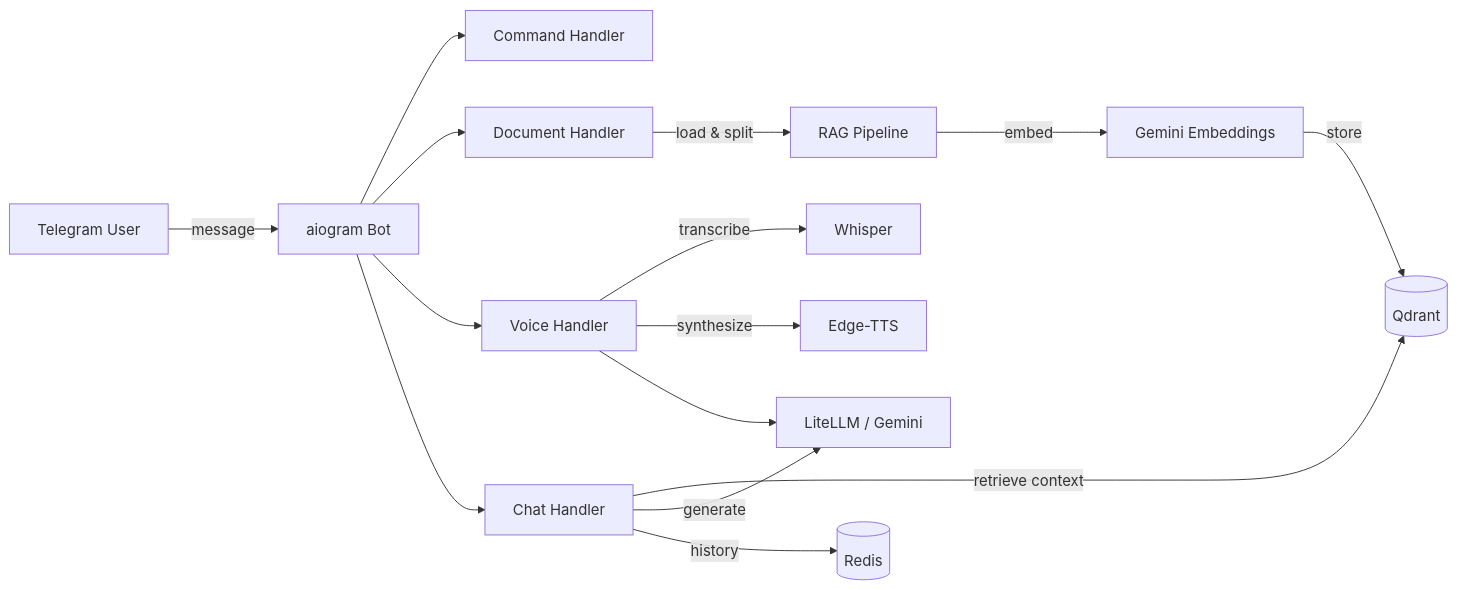
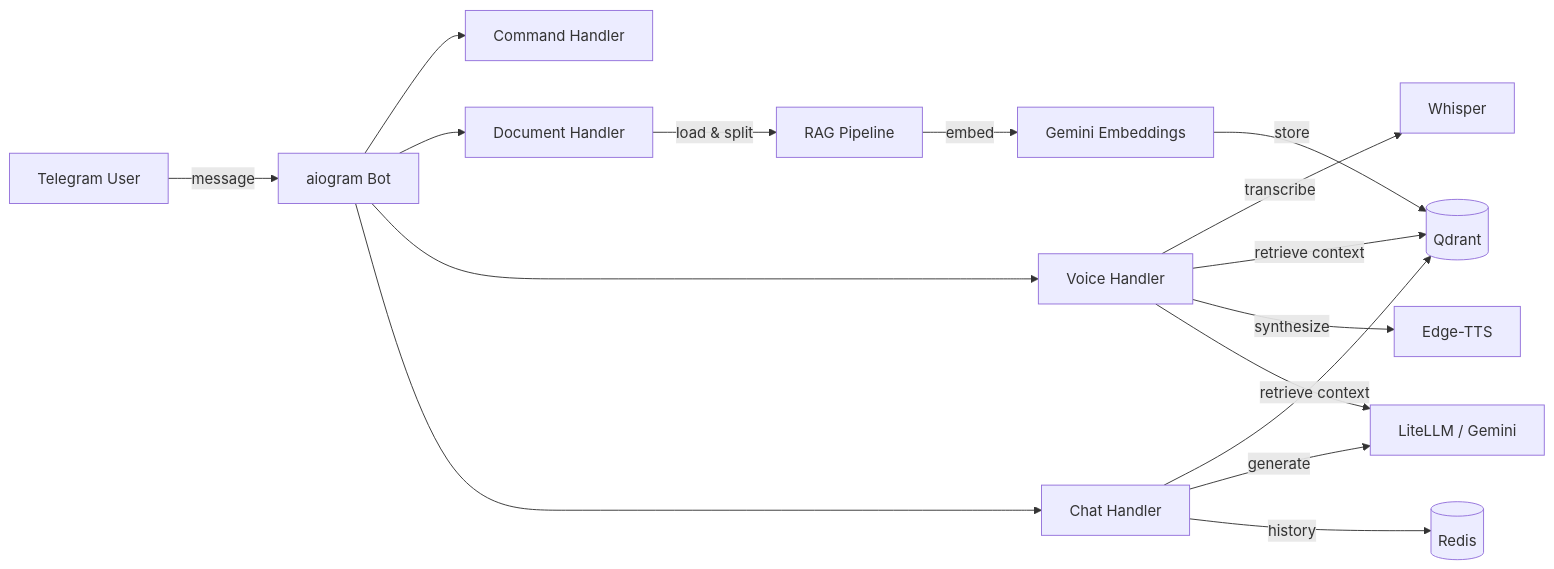
One commit to makquella/telegram-bot-ai-support changed the diagram in README.md. Above: the diagram before and after it, drawn with Mermaid. The commit also changed other lines of this file and 18 other files, not shown here.

````diff
--- a/README.md
+++ b/README.md
@@ -31,20 +32,21 @@
 ```mermaid
 graph LR
     U[Telegram User] -->|message| B[aiogram Bot]
     B --> CMD[Command Handler]
     B --> DOC[Document Handler]
     B --> VOI[Voice Handler]
     B --> CHT[Chat Handler]
 
     DOC -->|load & split| RAG[RAG Pipeline]
     RAG -->|embed| EMB[Gemini Embeddings]
     EMB -->|store| QD[(Qdrant)]
 
     CHT -->|retrieve context| QD
     CHT -->|generate| LLM[LiteLLM / Gemini]
     CHT -->|history| RD[(Redis)]
 
     VOI -->|transcribe| STT[Whisper]
+    VOI -->|retrieve context| QD
     VOI -->|synthesize| TTS[Edge-TTS]
     VOI --> LLM
 ```
````
